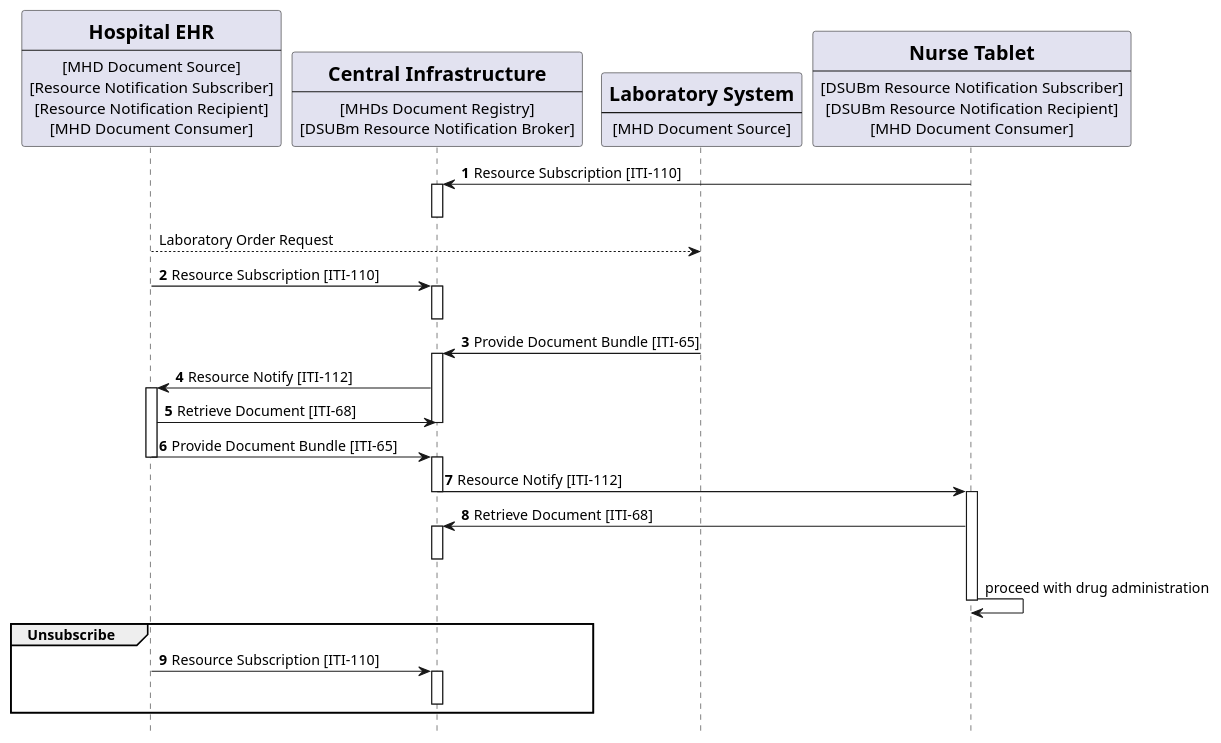
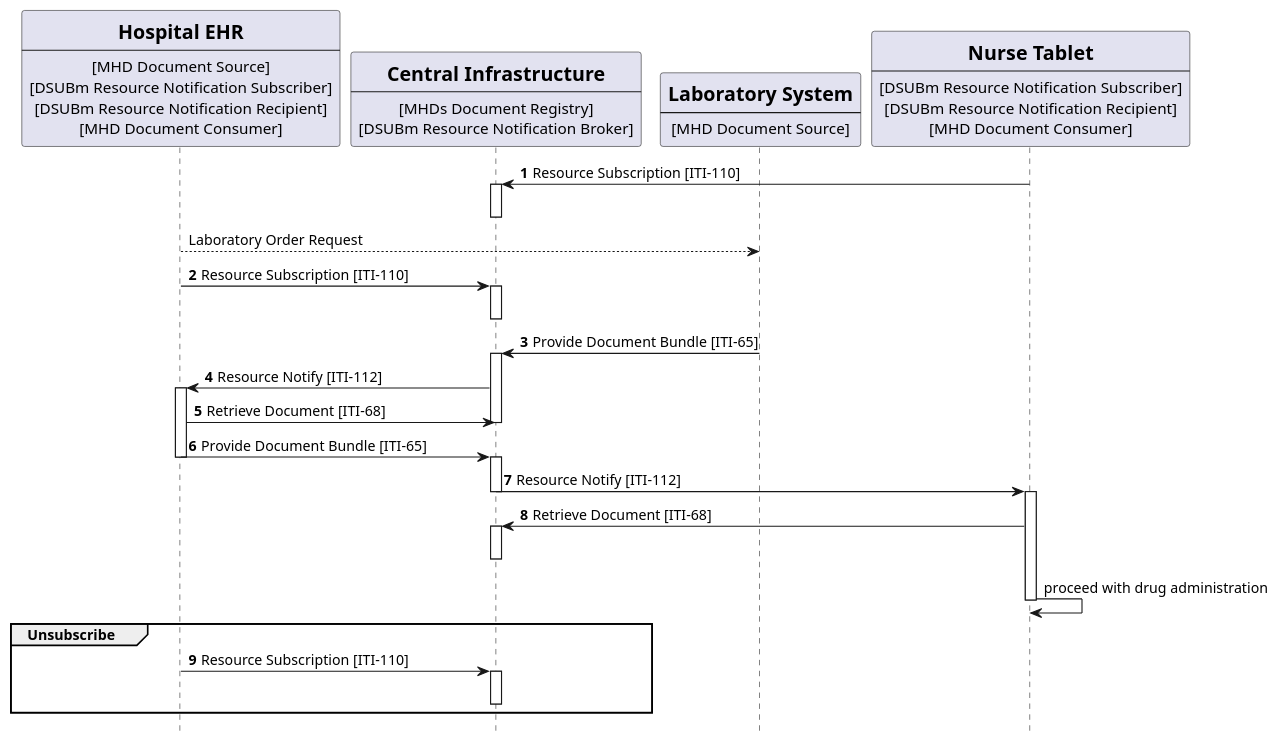
The diagram in input/images-source/usecase1-processflow.plantuml (IHE/ITI.DSUBm), drawn with PlantUML before and after one commit. The commit also changed 7 other files, not shown here.

Commit message:
update uml

```diff
--- a/input/images-source/usecase1-processflow.plantuml
+++ b/input/images-source/usecase1-processflow.plantuml
@@ -1,79 +1,79 @@
 @startuml
 skinparam svgDimensionStyle false
 hide footbox
 
 /'title "Subscription with DSUBm on MHDs infrastructure: Laboratory Results and ePrescription"'/
 participant HospitalEHR [
     =Hospital EHR
     ----
     [MHD Document Source]
-    [Resource Notification Subscriber]
-    [Resource Notification Recipient]
+    [DSUBm Resource Notification Subscriber]
+    [DSUBm Resource Notification Recipient]
     [MHD Document Consumer]
 ] 
 
 participant MHDsDocumentRegistry [
     =Central Infrastructure
     ----
     [MHDs Document Registry]
     [DSUBm Resource Notification Broker]
     ] 
 
 
 participant LaboratorySystem [
     =Laboratory System
     ----
     [MHD Document Source]
 ] 
 
 participant NurseTablet [
     =Nurse Tablet
     ----
     [DSUBm Resource Notification Subscriber]
     [DSUBm Resource Notification Recipient]
     [MHD Document Consumer]
 ] 
 autonumber "<b>"
 NurseTablet -> MHDsDocumentRegistry:   Resource Subscription [ITI-110]
 activate MHDsDocumentRegistry
 deactivate MHDsDocumentRegistry
 autonumber stop
 HospitalEHR --> LaboratorySystem:  Laboratory Order Request
 autonumber 2 "<b>"
 HospitalEHR -> MHDsDocumentRegistry:  Resource Subscription [ITI-110]
 activate MHDsDocumentRegistry
 deactivate MHDsDocumentRegistry
 
 
 
 
 LaboratorySystem -> MHDsDocumentRegistry: Provide Document Bundle [ITI-65]
 activate MHDsDocumentRegistry
 
 MHDsDocumentRegistry -> HospitalEHR : Resource Notify [ITI-112]
 activate HospitalEHR
 HospitalEHR -> MHDsDocumentRegistry:  Retrieve Document [ITI-68]
 deactivate MHDsDocumentRegistry
 HospitalEHR -> MHDsDocumentRegistry: Provide Document Bundle [ITI-65]
 deactivate HospitalEHR
 
 activate MHDsDocumentRegistry
 MHDsDocumentRegistry -> NurseTablet : Resource Notify [ITI-112]
 deactivate MHDsDocumentRegistry
 activate NurseTablet
 NurseTablet -> MHDsDocumentRegistry: Retrieve Document [ITI-68]
 activate MHDsDocumentRegistry
 deactivate MHDsDocumentRegistry
 autonumber stop
 NurseTablet -> NurseTablet: proceed with drug administration
 deactivate NurseTablet
 
 autonumber 9 "<b>"
 group Unsubscribe
   HospitalEHR ->MHDsDocumentRegistry: Resource Subscription [ITI-110]
   activate MHDsDocumentRegistry
   deactivate MHDsDocumentRegistry
   
 end
 
 @enduml
```
